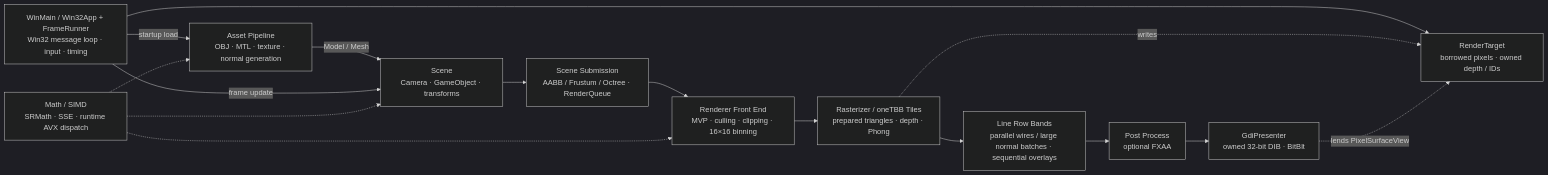
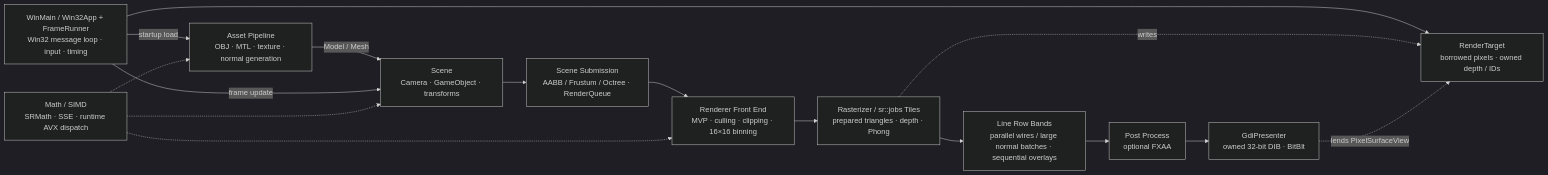
One commit to namsy8471/SoftwareRendererProject changed the diagram in README.en.md. Above: the diagram before and after it, drawn with Mermaid (dark theme). The commit also changed other lines of this file and 206 other files, not shown here.

First line of the commit message:
Jobs: drop oneTBB (backend, vendored binaries, build and CI deps)

````diff
--- a/README.en.md
+++ b/README.en.md
@@ -100,25 +100,25 @@
 ```mermaid
 flowchart LR
     App["WinMain / Win32App + FrameRunner<br/>Win32 message loop · input · timing"]
     Assets["Asset Pipeline<br/>OBJ · MTL · texture · normal generation"]
     Scene["Scene<br/>Camera · GameObject · transforms"]
     Submit["Scene Submission<br/>AABB / Frustum / Octree · RenderQueue"]
     Frontend["Renderer Front End<br/>MVP · culling · clipping · 16×16 binning"]
-    Tiles["Rasterizer / oneTBB Tiles<br/>prepared triangles · depth · Phong"]
+    Tiles["Rasterizer / sr::jobs Tiles<br/>prepared triangles · depth · Phong"]
     Lines["Line Row Bands<br/>parallel wires / large normal batches · sequential overlays"]
     Post["Post Process<br/>optional FXAA"]
     Target["RenderTarget<br/>borrowed pixels · owned depth / IDs"]
     Present["GdiPresenter<br/>owned 32-bit DIB · BitBlt"]
     Math["Math / SIMD<br/>SRMath · SSE · runtime AVX dispatch"]
 
     App -->|startup load| Assets
     Assets -->|Model / Mesh| Scene
     App -->|frame update| Scene
     Scene --> Submit --> Frontend --> Tiles --> Lines --> Post --> Present
     App --> Target
     Tiles -. writes .-> Target
     Present -. lends PixelSurfaceView .-> Target
     Math -.-> Assets
     Math -.-> Scene
     Math -.-> Frontend
 ```
````
